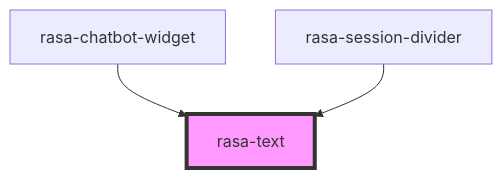
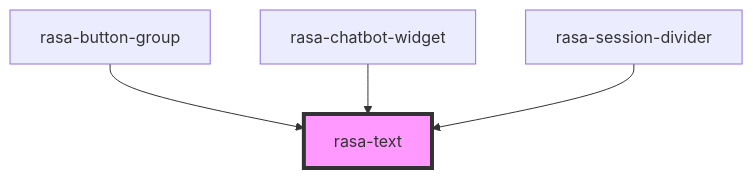
One commit to RasaHQ/chat-widget changed the diagram in packages/web-component/src/components/text/readme.md. Above: the diagram before and after it, drawn with Mermaid. The commit also changed other lines of this file and 10 other files, not shown here.

Commit message:
Button Group Component

````diff
--- a/packages/web-component/src/components/text/readme.md
+++ b/packages/web-component/src/components/text/readme.md
@@ -23,6 +24,7 @@
 ```mermaid
 graph TD;
+  rasa-button-group --> rasa-text
   rasa-chatbot-widget --> rasa-text
   rasa-session-divider --> rasa-text
   style rasa-text fill:#f9f,stroke:#333,stroke-width:4px
 ```
````
